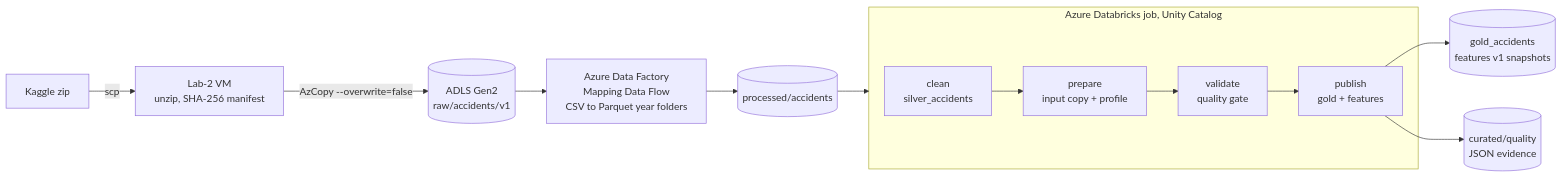
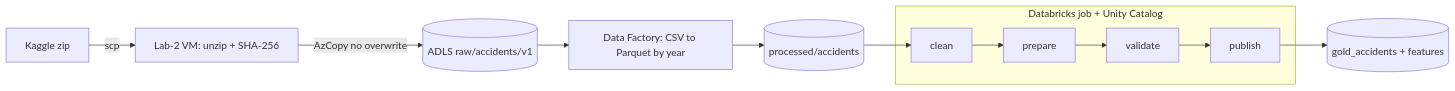
Before and after one commit to Ahmed-Abuzayed/dsai3202-project-accidents: the diagram in README.md, drawn with Mermaid. The commit also changed other lines of this file and 2 other files, not shown here.

Commit message:
Phase 1 final: shorter README, AI use, environment, job export, notebook exports

````diff
--- a/README.md
+++ b/README.md
@@ -48,13 +31,15 @@
 ```mermaid
 flowchart LR
-  K[Kaggle zip] -->|scp| VM[Lab-2 VM<br/>unzip, SHA-256 manifest]
-  VM -->|AzCopy --overwrite=false| RAW[(ADLS Gen2<br/>raw/accidents/v1)]
-  RAW --> ADF[Azure Data Factory<br/>Mapping Data Flow<br/>CSV to Parquet year folders]
+  K[Kaggle zip] -->|scp| VM[Lab-2 VM: unzip + SHA-256]
+  VM -->|AzCopy no overwrite| RAW[(ADLS raw/accidents/v1)]
+  RAW --> ADF[Data Factory: CSV to Parquet by year]
   ADF --> BR[(processed/accidents)]
-  BR --> J
-  subgraph J[Azure Databricks job, Unity Catalog]
-    C[clean<br/>silver_accidents] --> P[prepare<br/>input copy + profile] --> V[validate<br/>quality gate] --> PU[publish<br/>gold + features]
+  BR --> C[clean] --> P[prepare] --> V[validate] --> PU[publish]
+  PU --> G[(gold_accidents + features)]
+  subgraph Databricks job + Unity Catalog
+    C
+    P
+    V
+    PU
   end
-  PU --> G[(gold_accidents<br/>features v1 snapshots)]
-  PU --> Q[(curated/quality<br/>JSON evidence)]
 ```
````
